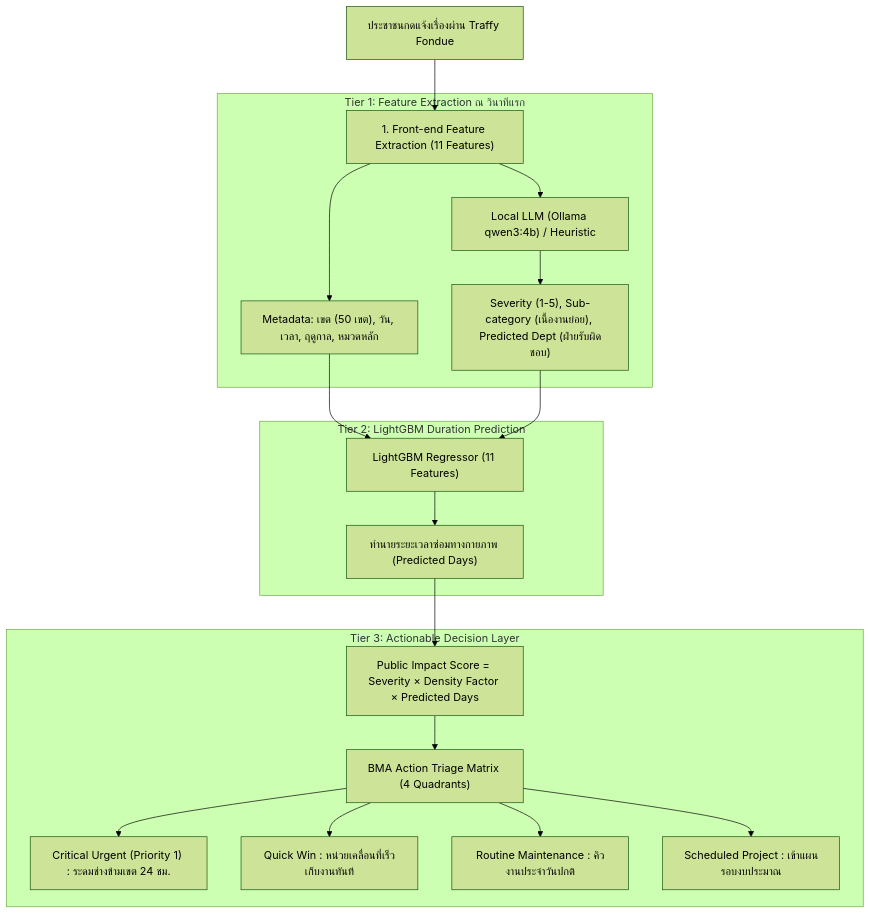
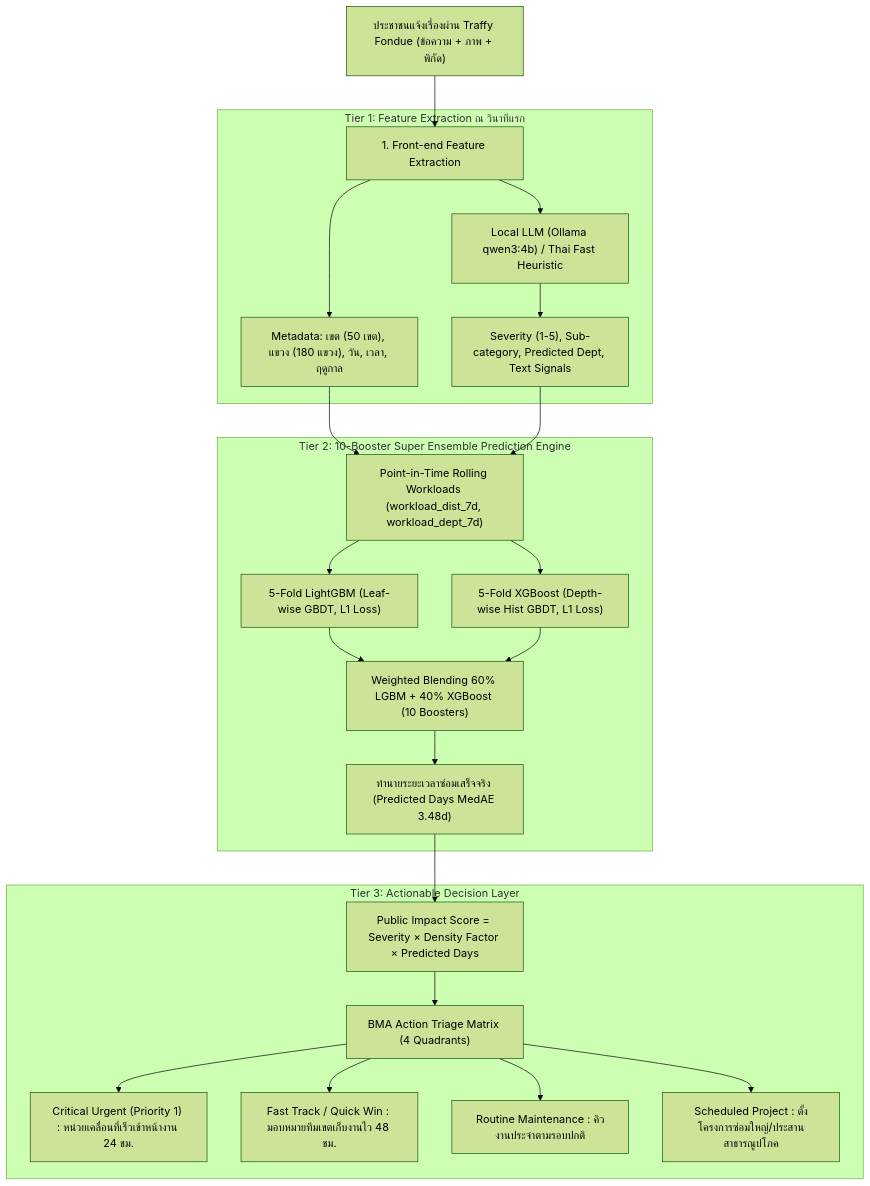
One commit to dewdew978/traffy-fondue-ml- changed the diagram in README.md. Above: the diagram before and after it, drawn with Mermaid (forest theme). The commit also changed other lines of this file and 37 other files, not shown here.

Commit message:
feat: upgrade to 10-booster super ensemble (5-fold LGBM + 5-fold XGBoost) and complete CRISP-DM documentation

````diff
--- a/README.md
+++ b/README.md
@@ -9,24 +26,27 @@
 ```mermaid
 flowchart TD
-    A["ประชาชนกดแจ้งเรื่องผ่าน Traffy Fondue"] --> B["1. Front-end Feature Extraction (11 Features)"]
-    
-    subgraph S1["Tier 1: Feature Extraction ณ วินาทีแรก"]
-        B --> B1["Metadata: เขต (50 เขต), วัน, เวลา, ฤดูกาล, หมวดหลัก"]
-        B --> B2["Local LLM (Ollama qwen3:4b) / Heuristic"]
-        B2 --> B3["Severity (1-5), Sub-category (เนื้องานย่อย), Predicted Dept (ฝ่ายรับผิดชอบ)"]
-    end
-    
-    subgraph S2["Tier 2: LightGBM Duration Prediction"]
-        B1 & B3 --> C["LightGBM Regressor (11 Features)"]
-        C --> D["ทำนายระยะเวลาซ่อมทางกายภาพ (Predicted Days)"]
-    end
-    
-    subgraph S3["Tier 3: Actionable Decision Layer"]
-        D --> E["Public Impact Score = Severity × Density Factor × Predicted Days"]
-        E --> F["BMA Action Triage Matrix (4 Quadrants)"]
-        F --> G1["Critical Urgent (Priority 1) : ระดมช่างข้ามเขต 24 ชม."]
-        F --> G2["Quick Win : หน่วยเคลื่อนที่เร็วเก็บงานทันที"]
-        F --> G3["Routine Maintenance : คิวงานประจำวันปกติ"]
-        F --> G4["Scheduled Project : เข้าแผนรอบงบประมาณ"]
-    end
+  A["ประชาชนแจ้งเรื่องผ่าน Traffy Fondue (ข้อความ + ภาพ + พิกัด)"] --> B["1. Front-end Feature Extraction"]
+  
+  subgraph S1["Tier 1: Feature Extraction ณ วินาทีแรก"]
+    B --> B1["Metadata: เขต (50 เขต), แขวง (180 แขวง), วัน, เวลา, ฤดูกาล"]
+    B --> B2["Local LLM (Ollama qwen3:4b) / Thai Fast Heuristic"]
+    B2 --> B3["Severity (1-5), Sub-category, Predicted Dept, Text Signals"]
+  end
+  
+  subgraph S2["Tier 2: 10-Booster Super Ensemble Prediction Engine"]
+    B1 & B3 --> C1["Point-in-Time Rolling Workloads (workload_dist_7d, workload_dept_7d)"]
+    C1 --> D1["5-Fold LightGBM (Leaf-wise GBDT, L1 Loss)"]
+    C1 --> D2["5-Fold XGBoost (Depth-wise Hist GBDT, L1 Loss)"]
+    D1 & D2 --> D3["Weighted Blending 60% LGBM + 40% XGBoost (10 Boosters)"]
+    D3 --> E["ทำนายระยะเวลาซ่อมเสร็จจริง (Predicted Days MedAE 3.48d)"]
+  end
+  
+  subgraph S3["Tier 3: Actionable Decision Layer"]
+    E --> F["Public Impact Score = Severity × Density Factor × Predicted Days"]
+    F --> G["BMA Action Triage Matrix (4 Quadrants)"]
+    G --> H1["Critical Urgent (Priority 1) : หน่วยเคลื่อนที่เร็วเข้าหน้างาน 24 ชม."]
+    G --> H2["Fast Track / Quick Win : มอบหมายทีมเขตเก็บงานไว 48 ชม."]
+    G --> H3["Routine Maintenance : คิวงานประจำตามรอบปกติ"]
+    G --> H4["Scheduled Project : ตั้งโครงการซ่อมใหญ่/ประสานสาธารณูปโภค"]
+  end
 ```
````
